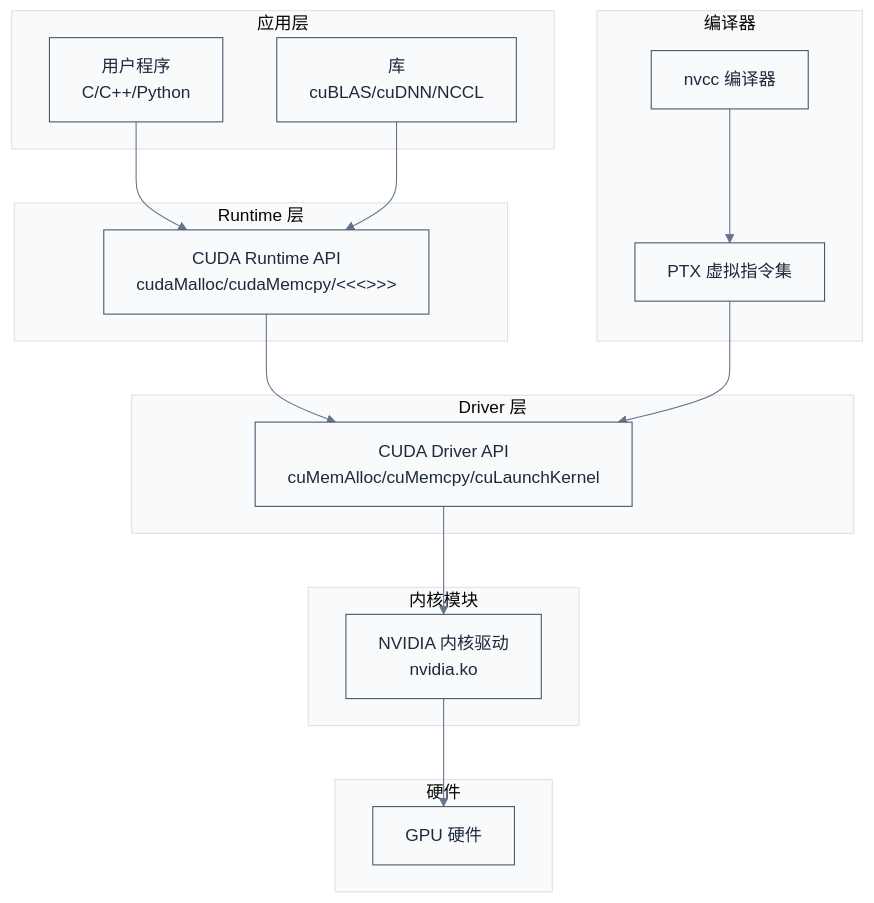
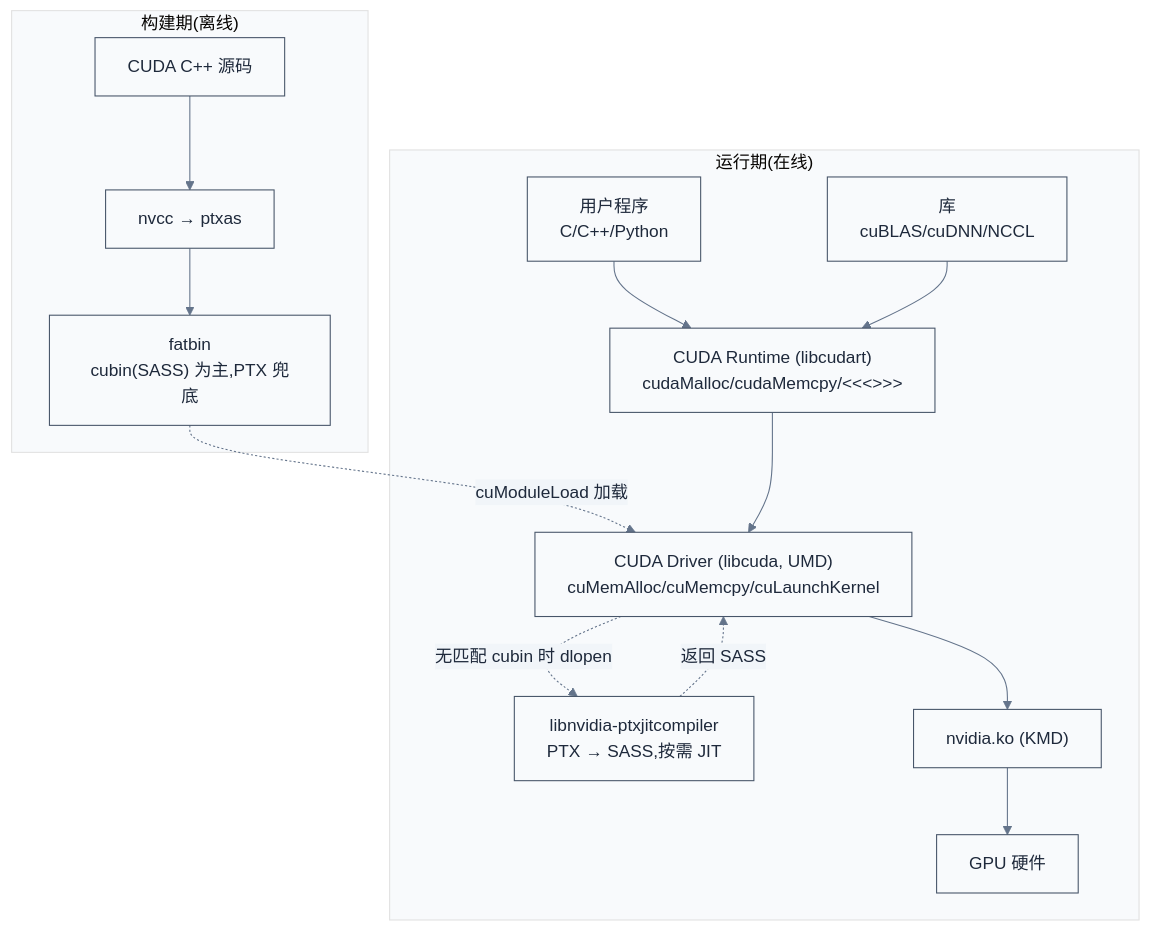
Before and after one commit to swjtuer326/cs-learning-notes: the fourth of 4 diagrams in cuda/01-GPU架构基础.md, drawn with Mermaid. The commit also changed other lines of this file and 281 other files, not shown here.

````diff
--- a/cuda/01-GPU架构基础.md
+++ b/cuda/01-GPU架构基础.md
@@ -368,37 +391,29 @@
 ```mermaid
 %%{init: {"theme": "base", "themeVariables": {"primaryColor": "#f8fafc", "primaryTextColor": "#1e293b", "primaryBorderColor": "#475569", "lineColor": "#64748b", "secondaryColor": "#f1f5f9", "secondaryBorderColor": "#94a3b8", "tertiaryColor": "#f8fafc", "fontFamily": "\"trebuchet ms\", verdana, arial, sans-serif"}}}%%
 flowchart TD
-    subgraph "应用层"
+    subgraph "构建期(离线)"
+        SRC["CUDA C++ 源码"]
+        NVCC["nvcc → ptxas"]
+        FATBIN["fatbin<br/>cubin(SASS) 为主,PTX 兜底"]
+    end
+
+    subgraph "运行期(在线)"
         App["用户程序<br/>C/C++/Python"]
         Lib["库<br/>cuBLAS/cuDNN/NCCL"]
+        Runtime["CUDA Runtime (libcudart)<br/>cudaMalloc/cudaMemcpy/<<<>>>"]
+        Driver["CUDA Driver (libcuda, UMD)<br/>cuMemAlloc/cuMemcpy/cuLaunchKernel"]
+        JIT["libnvidia-ptxjitcompiler<br/>PTX → SASS,按需 JIT"]
+        KMD["nvidia.ko (KMD)"]
+        GPU["GPU 硬件"]
     end
-    
-    subgraph "Runtime 层"
-        Runtime["CUDA Runtime API<br/>cudaMalloc/cudaMemcpy/<<<>>>"]
-    end
-    
-    subgraph "Driver 层"
-        Driver["CUDA Driver API<br/>cuMemAlloc/cuMemcpy/cuLaunchKernel"]
-    end
-    
-    subgraph "编译器"
-        NVCC["nvcc 编译器"]
-        PTX["PTX 虚拟指令集"]
-    end
-    
-    subgraph "内核模块"
-        KMD["NVIDIA 内核驱动<br/>nvidia.ko"]
-    end
-    
-    subgraph "硬件"
-        GPU_HW["GPU 硬件"]
-    end
-    
+
+    SRC --> NVCC --> FATBIN
+    FATBIN -. "cuModuleLoad 加载" .-> Driver
     App --> Runtime
     Lib --> Runtime
     Runtime --> Driver
     Driver --> KMD
-    NVCC --> PTX
-    PTX --> Driver
-    KMD --> GPU_HW
+    KMD --> GPU
+    Driver -. "无匹配 cubin 时 dlopen" .-> JIT
+    JIT -. "返回 SASS" .-> Driver
 ```
````
